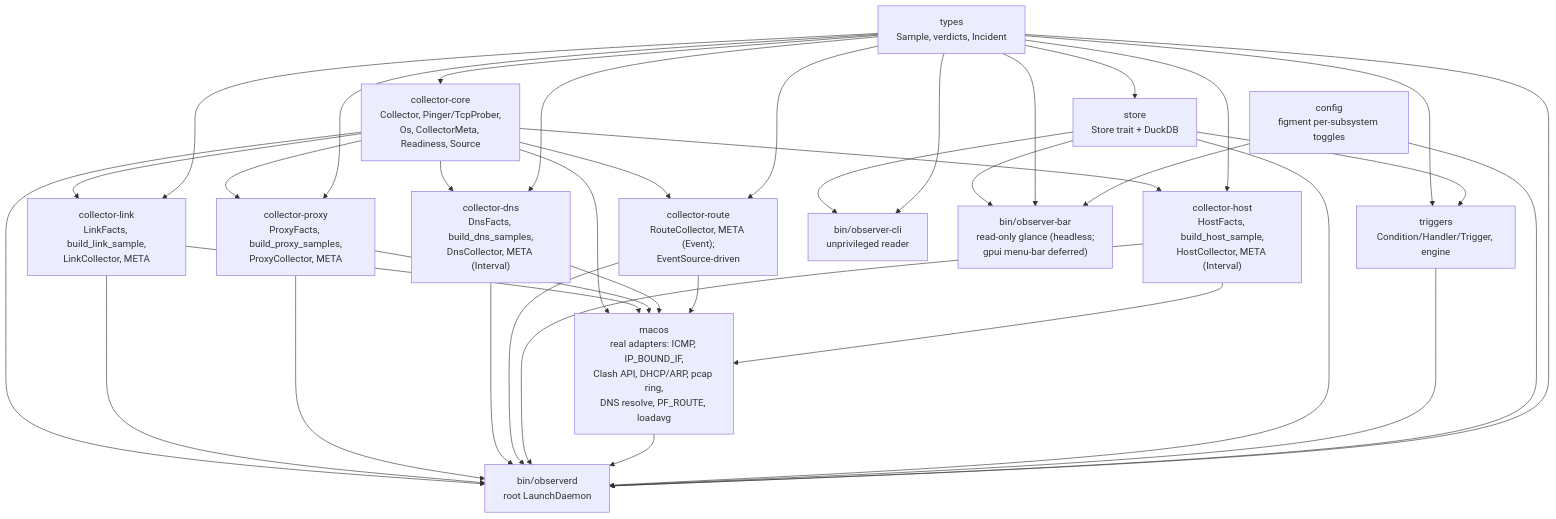
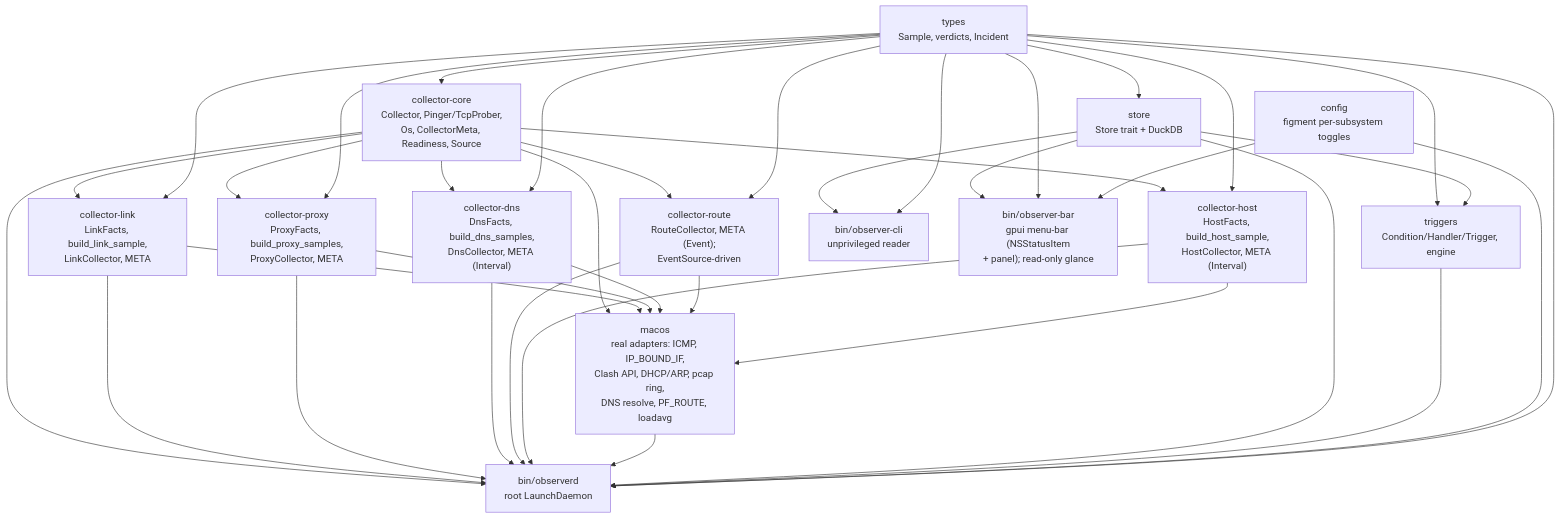
The second of 2 diagrams in ARCHITECTURE.md (gurinderu/net-observer), drawn with Mermaid before and after one commit. The commit also changed other lines of this file and 7 other files, not shown here.

Commit message:
feat(observer-bar): gpui menu-bar UI (NSStatusItem + panel) over read-only Status

````diff
--- a/ARCHITECTURE.md
+++ b/ARCHITECTURE.md
@@ -94,59 +94,59 @@
 ```mermaid
 graph TD
     types["types\nSample, verdicts, Incident"]
     store["store\nStore trait + DuckDB"]
     ccore["collector-core\nCollector, Pinger/TcpProber,\nOs, CollectorMeta, Readiness, Source"]
     clink["collector-link\nLinkFacts, build_link_sample,\nLinkCollector, META"]
     cproxy["collector-proxy\nProxyFacts, build_proxy_samples,\nProxyCollector, META"]
     cdns["collector-dns\nDnsFacts, build_dns_samples,\nDnsCollector, META (Interval)"]
     croute["collector-route\nRouteCollector, META (Event);\nEventSource-driven"]
     chost["collector-host\nHostFacts, build_host_sample,\nHostCollector, META (Interval)"]
     triggers["triggers\nCondition/Handler/Trigger, engine"]
     config["config\nfigment per-subsystem toggles"]
     macos["macos\nreal adapters: ICMP, IP_BOUND_IF,\nClash API, DHCP/ARP, pcap ring,\nDNS resolve, PF_ROUTE, loadavg"]
     observerd["bin/observerd\nroot LaunchDaemon"]
     cli["bin/observer-cli\nunprivileged reader"]
-    bar["bin/observer-bar\nread-only glance (headless;\ngpui menu-bar deferred)"]
+    bar["bin/observer-bar\ngpui menu-bar (NSStatusItem\n+ panel); read-only glance"]
 
     types --> ccore
     types --> store
     types --> triggers
     ccore --> clink
     ccore --> cproxy
     ccore --> cdns
     ccore --> croute
     ccore --> chost
     types --> clink
     types --> cproxy
     types --> cdns
     types --> croute
     types --> chost
 
     ccore --> macos
     clink --> macos
     cproxy --> macos
     cdns --> macos
     croute --> macos
     chost --> macos
 
     store --> triggers
 
     ccore --> observerd
     clink --> observerd
     cproxy --> observerd
     cdns --> observerd
     croute --> observerd
     chost --> observerd
     macos --> observerd
     store --> observerd
     triggers --> observerd
     config --> observerd
     types --> observerd
 
     store --> cli
     types --> cli
 
     store --> bar
     types --> bar
     config --> bar
 ```
````
